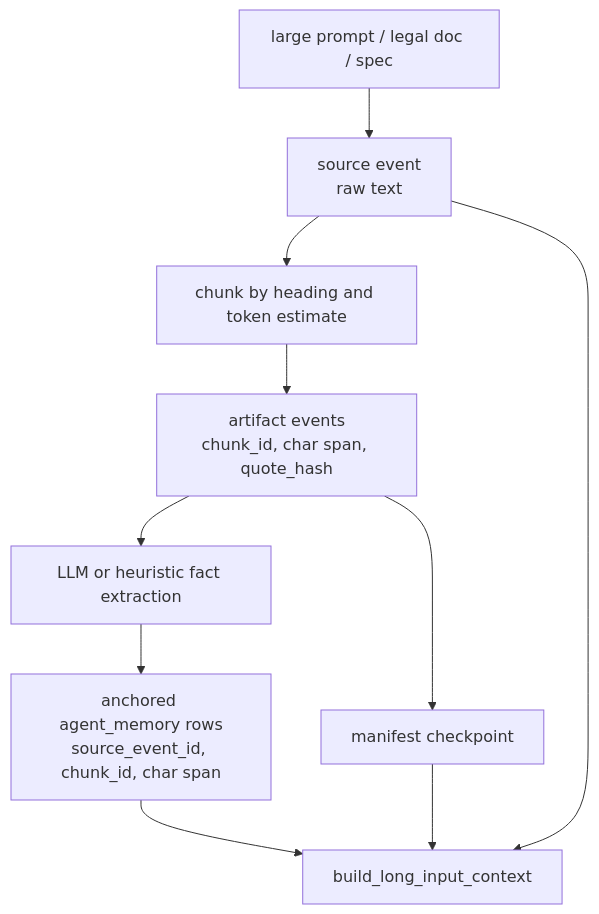
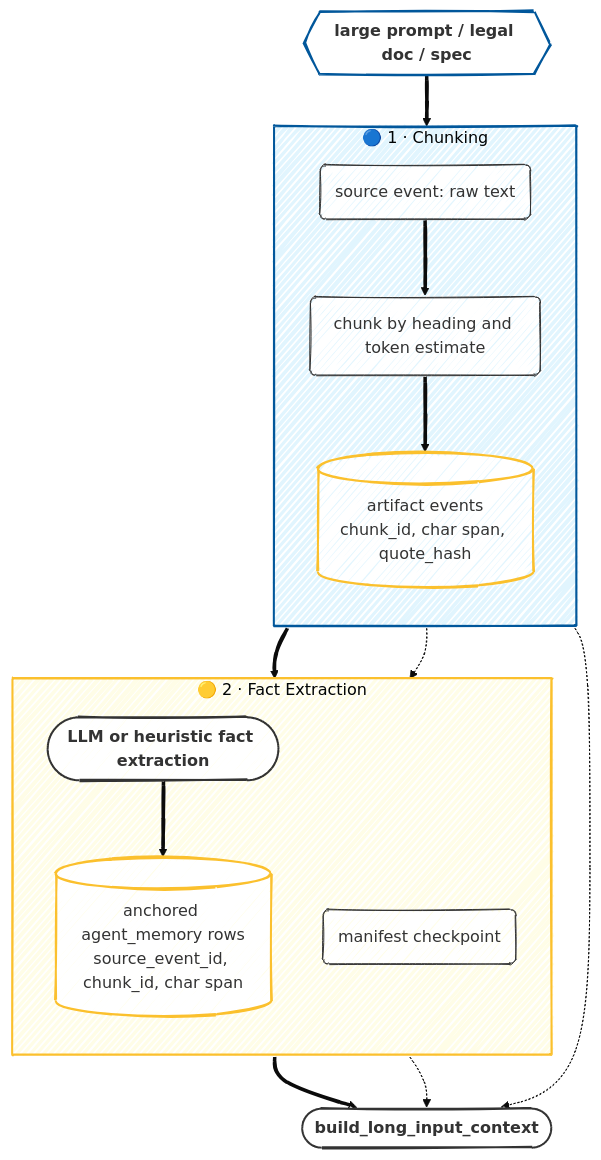
One commit to ahammadnafiz/engram changed the seventh of 9 diagrams in docs/diagrams.md. Above: the diagram before and after it, drawn with Mermaid. The commit also changed other lines of this file and 27 other files, not shown here.

````diff
--- a/docs/diagrams.md
+++ b/docs/diagrams.md
@@ -139,12 +285,52 @@
 ```mermaid
+---
+config:
+  theme: base
+  look: handDrawn
+  themeVariables:
+    primaryColor: '#e1f5fe'
+    secondaryColor: '#fffde7'
+---
 flowchart TD
-    Input["large prompt / legal doc / spec"] --> Source["source event<br/>raw text"]
-    Source --> Split["chunk by heading and token estimate"]
-    Split --> ChunkEvents["artifact events<br/>chunk_id, char span, quote_hash"]
-    ChunkEvents --> Extract["LLM or heuristic fact extraction"]
-    Extract --> Memories["anchored agent_memory rows<br/>source_event_id, chunk_id, char span"]
-    ChunkEvents --> Manifest["manifest checkpoint"]
-    Memories --> Context["build_long_input_context"]
-    Manifest --> Context
-    Source --> Context
+    Input{{<b>large prompt / legal doc / spec</b>}}
+    
+    subgraph PREP ["🔵 1 · Chunking"]
+        direction TB
+        Source(source event: raw text)
+        Split(chunk by heading and token estimate)
+        ChunkEvents[(artifact events<br/>chunk_id, char span, quote_hash)]
+    end
+    
+    subgraph INGEST ["🟡 2 · Fact Extraction"]
+        direction TB
+        Extract([<b>LLM or heuristic fact extraction</b>])
+        Memories[(anchored agent_memory rows<br/>source_event_id, chunk_id, char span)]
+        Manifest(manifest checkpoint)
+    end
+    
+    Context([<b>build_long_input_context</b>])
+    
+    Input ==> Source
+    Source ==> Split
+    Split ==> ChunkEvents
+    ChunkEvents ==> Extract
+    Extract ==> Memories
+    ChunkEvents -.-> Manifest
+    
+    Memories ==> Context
+    Manifest -.-> Context
+    Source -.-> Context
+
+    style PREP fill:#e1f5fe,stroke:#01579b,stroke-width:2px,rx:10,ry:10
+    style INGEST fill:#fffde7,stroke:#fbc02d,stroke-width:2px,rx:10,ry:10
+
+    classDef process fill:#fff,stroke:#333,stroke-width:1px,rx:8,ry:8;
+    classDef api fill:#fff,stroke:#333,stroke-width:2px,rx:20,ry:20;
+    classDef source fill:#fff,stroke:#01579b,stroke-width:2px;
+    classDef dbnode fill:#fff,stroke:#fbc02d,stroke-width:2px;
+
+    class Source,Split,Manifest process;
+    class Extract,Context api;
+    class Input source;
+    class ChunkEvents,Memories dbnode;
 ```
````
